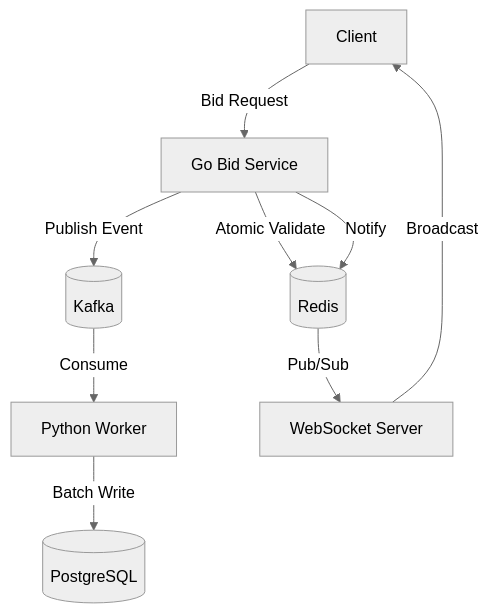
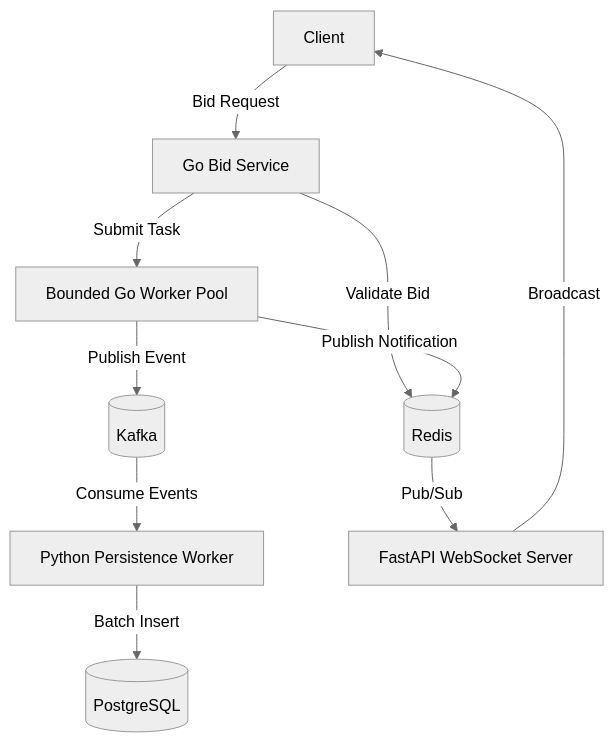
Before and after one commit to Young-Keun-LEE/realtime-auction-backend: the diagram in README.md, drawn with Mermaid (neutral theme). The commit also changed other lines of this file, not shown here.

Commit message:
Revise README for clarity and detail
Updated the README to clarify system architecture, engineering decisions, and implementation details. Enhanced descriptions of components and their interactions.

````diff
--- a/README.md
+++ b/README.md
@@ -13,22 +13,23 @@
 ```mermaid
+
 graph TD
     Client[Client]
- 
     GoAPI[Go Bid Service]
+    Pool[Bounded Go Worker Pool]
     Redis[(Redis)]
     Kafka[(Kafka)]
-    Worker[Python Worker]
+    Worker[Python Persistence Worker]
     DB[(PostgreSQL)]
-    WS[WebSocket Server]
- 
+    WS[FastAPI WebSocket Server]
+
     Client -->|Bid Request| GoAPI
-    GoAPI -->|Atomic Validate| Redis
-    GoAPI -->|Publish Event| Kafka
-    GoAPI -->|Notify| Redis
- 
+    GoAPI -->|Validate Bid| Redis
+    GoAPI -->|Submit Task| Pool
+    Pool -->|Publish Event| Kafka
+    Pool -->|Publish Notification| Redis
     Redis -->|Pub/Sub| WS
     WS -->|Broadcast| Client
- 
-    Kafka -->|Consume| Worker
-    Worker -->|Batch Write| DB
+    Kafka -->|Consume Events| Worker
+    Worker -->|Batch Insert| DB
+
 ```
````
